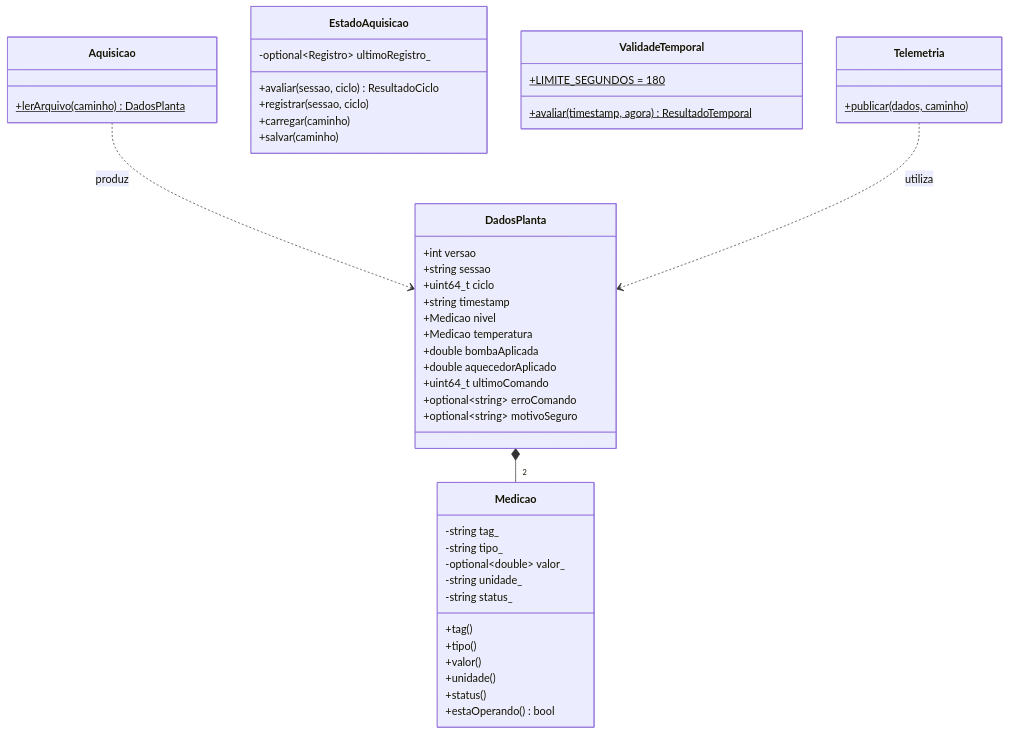
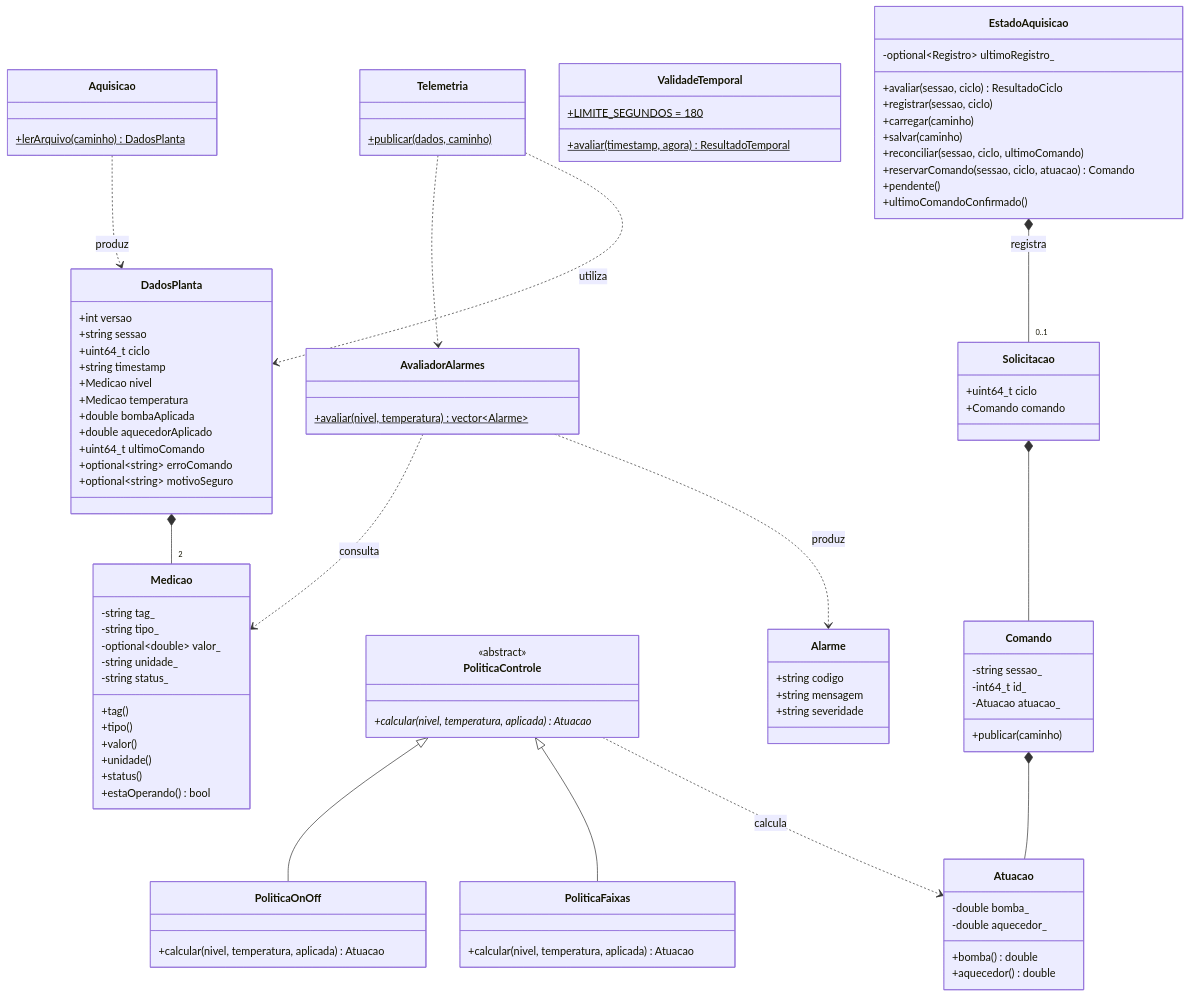
One commit to vnrochag/poo-planta-controle changed the first of 2 diagrams in docs/ARQUITETURA.md. Above: the diagram before and after it, drawn with Mermaid. The commit also changed other lines of this file and 25 other files, not shown here.

Commit message:
Implementa controle e alarmes da Etapa 02

```diff
--- a/docs/ARQUITETURA.md
+++ b/docs/ARQUITETURA.md
@@ -253,6 +275,10 @@
         +registrar(sessao, ciclo)
         +carregar(caminho)
         +salvar(caminho)
+        +reconciliar(sessao, ciclo, ultimoComando)
+        +reservarComando(sessao, ciclo, atuacao) Comando
+        +pendente()
+        +ultimoComandoConfirmado()
     }
 
     class ValidadeTemporal {
@@ -264,6 +290,57 @@
         +publicar(dados, caminho)$
     }
 
+    class Atuacao {
+        -double bomba_
+        -double aquecedor_
+        +bomba() double
+        +aquecedor() double
+    }
+
+    class PoliticaControle {
+        <<abstract>>
+        +calcular(nivel, temperatura, aplicada)* Atuacao
+    }
+
+    class PoliticaOnOff {
+        +calcular(nivel, temperatura, aplicada) Atuacao
+    }
+
+    class PoliticaFaixas {
+        +calcular(nivel, temperatura, aplicada) Atuacao
+    }
+
+    class Solicitacao {
+        +uint64_t ciclo
+        +Comando comando
+    }
+
+    class Comando {
+        -string sessao_
+        -int64_t id_
+        -Atuacao atuacao_
+        +publicar(caminho)
+    }
+
+    class Alarme {
+        +string codigo
+        +string mensagem
+        +string severidade
+    }
+
+    class AvaliadorAlarmes {
+        +avaliar(nivel, temperatura)$ vector~Alarme~
+    }
+
+    PoliticaControle <|-- PoliticaOnOff
+    PoliticaControle <|-- PoliticaFaixas
+    PoliticaControle ..> Atuacao : calcula
+    EstadoAquisicao *-- "0..1" Solicitacao : registra
+    Solicitacao *-- Comando
+    Comando *-- Atuacao
+    Telemetria ..> AvaliadorAlarmes
+    AvaliadorAlarmes ..> Medicao : consulta
+    AvaliadorAlarmes ..> Alarme : produz
     DadosPlanta *-- "2" Medicao
     Aquisicao ..> DadosPlanta : produz
     Telemetria ..> DadosPlanta : utiliza
```
